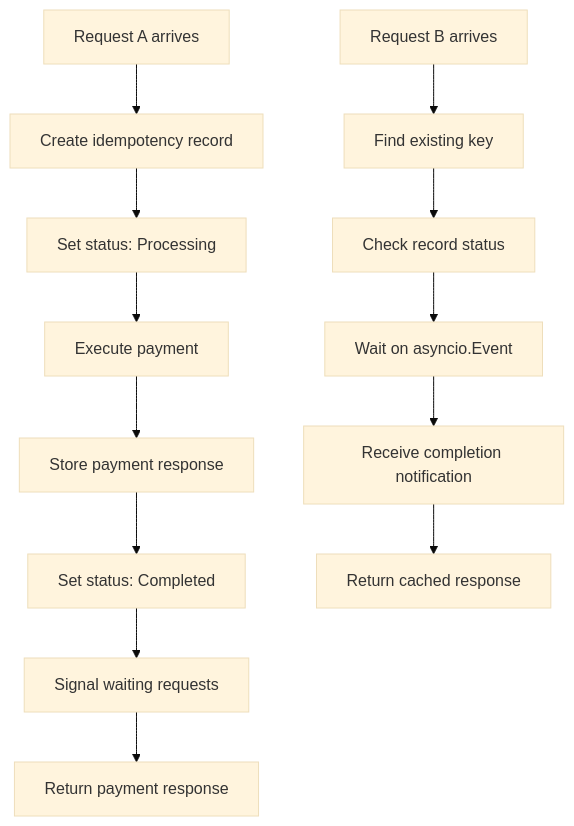
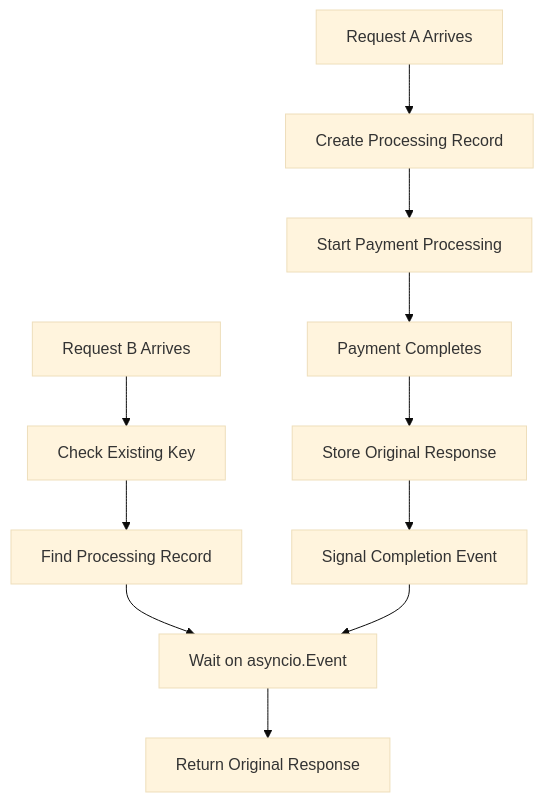
One commit to iirasubizadivine/finsafe-idempotency-gateway changed the fourth of 5 diagrams in README.md. Above: the diagram before and after it, drawn with Mermaid (base theme). The commit also changed other lines of this file, not shown here.

````diff
--- a/README.md
+++ b/README.md
@@ -368,16 +338,16 @@
 ```mermaid
 flowchart TD
-    A[Request A arrives] --> B[Create idempotency record]
-    B --> C[Set status: Processing]
-    C --> D[Execute payment]
-    D --> E[Store payment response]
-    E --> F[Set status: Completed]
-    F --> G[Signal waiting requests]
-    G --> H[Return payment response]
+    A[Request A Arrives] --> B[Create Processing Record]
+    B --> C[Start Payment Processing]
 
-    I[Request B arrives] --> J[Find existing key]
-    J --> K[Check record status]
-    K --> L[Wait on asyncio.Event]
-    L --> M[Receive completion notification]
-    M --> N[Return cached response]
+    D[Request B Arrives] --> E[Check Existing Key]
+    E --> F[Find Processing Record]
+    F --> G[Wait on asyncio.Event]
+
+    C --> H[Payment Completes]
+    H --> I[Store Original Response]
+    I --> J[Signal Completion Event]
+
+    J --> G
+    G --> K[Return Original Response]
 ```
````
